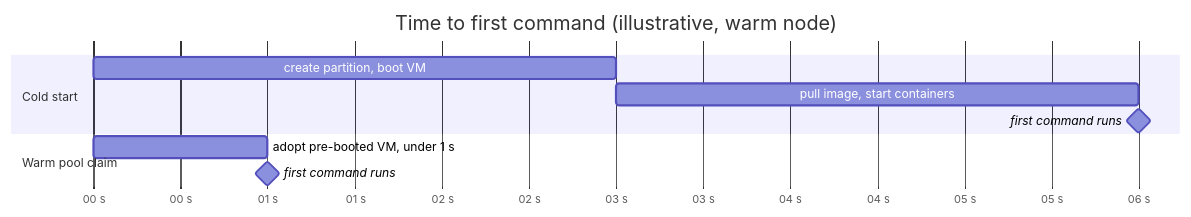
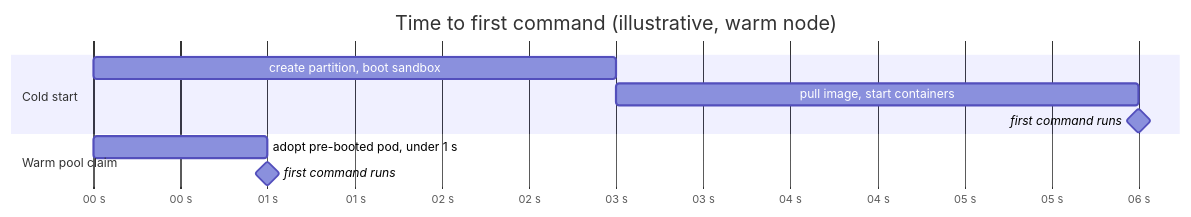
The diagram in examples/getting-started/warm-pool/README.md (aws-samples/sample-eks-nitro-sandbox), drawn with Mermaid before and after one commit. The commit also changed other lines of this file and 5 other files, not shown here.

````diff
--- a/examples/getting-started/warm-pool/README.md
+++ b/examples/getting-started/warm-pool/README.md
@@ -149,13 +149,13 @@
 ```mermaid
 gantt
     title Time to first command (illustrative, warm node)
     dateFormat  s
     axisFormat  %S s
     section Cold start
-    create partition, boot VM    :a1, 0, 3s
+    create partition, boot sandbox :a1, 0, 3s
     pull image, start containers :a2, after a1, 3s
     first command runs           :milestone, m1, after a2, 0s
     section Warm pool claim
-    adopt pre-booted VM, under 1 s :b1, 0, 1s
+    adopt pre-booted pod, under 1 s :b1, 0, 1s
     first command runs           :milestone, m2, after b1, 0s
 ```
````
